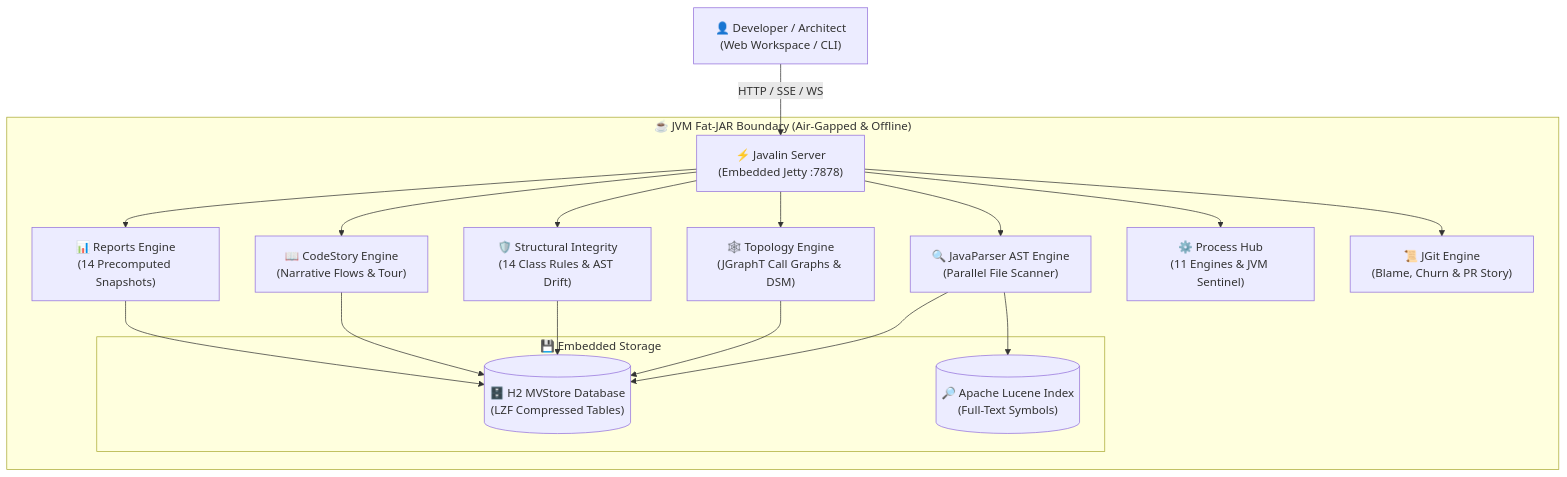
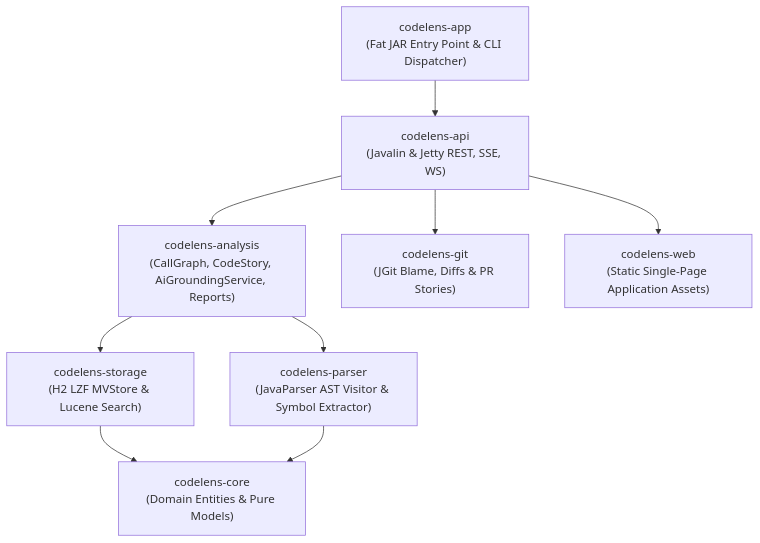
The first of 2 diagrams in wiki/Architecture-and-System-Design.md (manvenpratap/codelens), drawn with Mermaid before and after one commit. The commit also changed other lines of this file and 32 other files, not shown here.

Commit message:
docs: regenerate archify diagrams suite, add vector svgs, and update wiki documentation

````diff
--- a/wiki/Architecture-and-System-Design.md
+++ b/wiki/Architecture-and-System-Design.md
@@ -8,36 +15,11 @@
 ```mermaid
 flowchart TD
-    User["👤 Developer / Architect\n(Web Workspace / CLI)"]
-    
-    subgraph JVMRuntime["☕ JVM Fat-JAR Boundary (Air-Gapped & Offline)"]
-        API["⚡ Javalin Server\n(Embedded Jetty :7878)"]
-        
-        Parser["🔍 JavaParser AST Engine\n(Parallel File Scanner)"]
-        Topology["🕸️ Topology Engine\n(JGraphT Call Graphs & DSM)"]
-        Integrity["🛡️ Structural Integrity\n(14 Class Rules & AST Drift)"]
-        CodeStory["📖 CodeStory Engine\n(Narrative Flows & Tour)"]
-        Reports["📊 Reports Engine\n(14 Precomputed Snapshots)"]
-        ProcessHub["⚙️ Process Hub\n(11 Engines & JVM Sentinel)"]
-        Git["📜 JGit Engine\n(Blame, Churn & PR Story)"]
-        
-        subgraph StorageCore["💾 Embedded Storage"]
-            H2[("🗄️ H2 MVStore Database\n(LZF Compressed Tables)")]
-            Lucene[("🔎 Apache Lucene Index\n(Full-Text Symbols)")]
-        end
-    end
-
-    User -->|"HTTP / SSE / WS"| API
-    API --> Parser
-    API --> Topology
-    API --> Integrity
-    API --> CodeStory
-    API --> Reports
-    API --> ProcessHub
-    API --> Git
-    Parser --> H2
-    Parser --> Lucene
-    Topology --> H2
-    Integrity --> H2
-    CodeStory --> H2
-    Reports --> H2
+    App["codelens-app\n(Fat JAR Entry Point & CLI Dispatcher)"] --> API["codelens-api\n(Javalin & Jetty REST, SSE, WS)"]
+    API --> Analysis["codelens-analysis\n(CallGraph, CodeStory, AiGroundingService, Reports)"]
+    API --> Git["codelens-git\n(JGit Blame, Diffs & PR Stories)"]
+    Analysis --> Storage["codelens-storage\n(H2 LZF MVStore & Lucene Search)"]
+    Analysis --> Parser["codelens-parser\n(JavaParser AST Visitor & Symbol Extractor)"]
+    Storage --> Core["codelens-core\n(Domain Entities & Pure Models)"]
+    Parser --> Core
+    API --> Web["codelens-web\n(Static Single-Page Application Assets)"]
 ```
````
